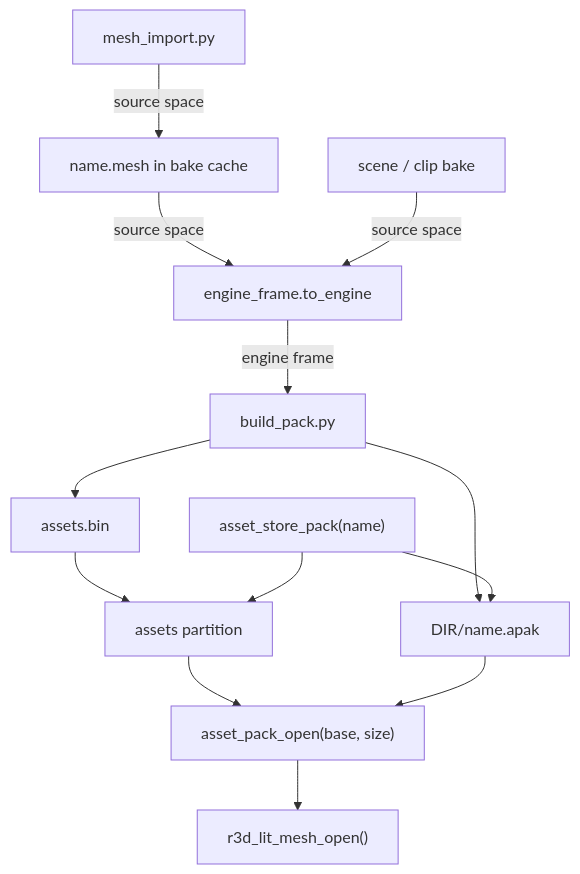
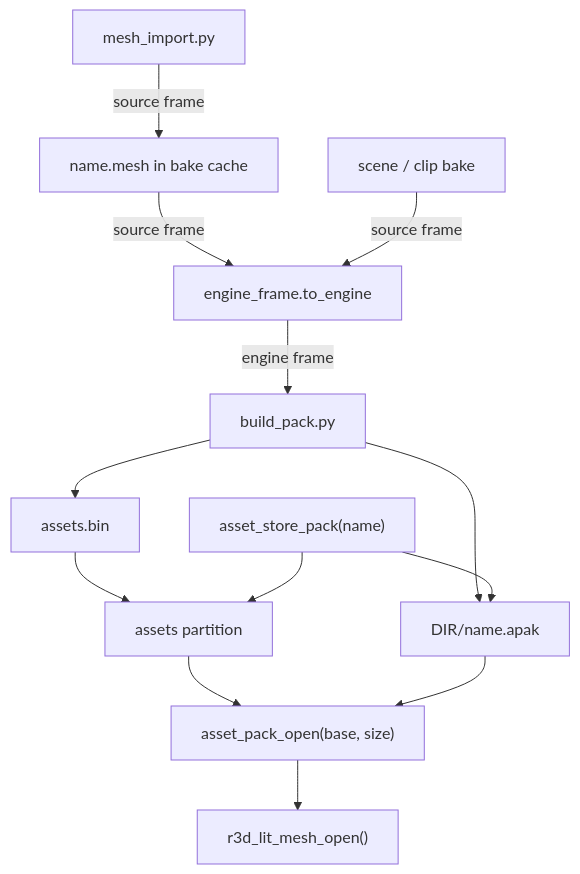
Before and after one commit to jose-villegas/autana: the diagram in docs/assets/README.md, drawn with Mermaid. The commit also changed 16 other files, not shown here.

````diff
--- a/docs/assets/README.md
+++ b/docs/assets/README.md
@@ -10,15 +10,15 @@
 ```mermaid
 flowchart TB
-    Import["mesh_import.py"] -->|source space| Entry["name.mesh in bake cache"]
-    Entry -->|source space| Mirror["engine_frame.to_engine"]
-    Authored["scene / clip bake"] -->|source space| Mirror
+    Import["mesh_import.py"] -->|source frame| Entry["name.mesh in bake cache"]
+    Entry -->|source frame| Mirror["engine_frame.to_engine"]
+    Authored["scene / clip bake"] -->|source frame| Mirror
     Mirror -->|engine frame| Build["build_pack.py"]
     Build --> Files["DIR/name.apak"]
     Build --> Image["assets.bin"]
     Image --> Flash["assets partition"]
     Store["asset_store_pack(name)"] --> Flash
     Store --> Files
     Flash --> Open["asset_pack_open(base, size)"]
     Files --> Open
     Open --> View["r3d_lit_mesh_open()"]
 ```
````
